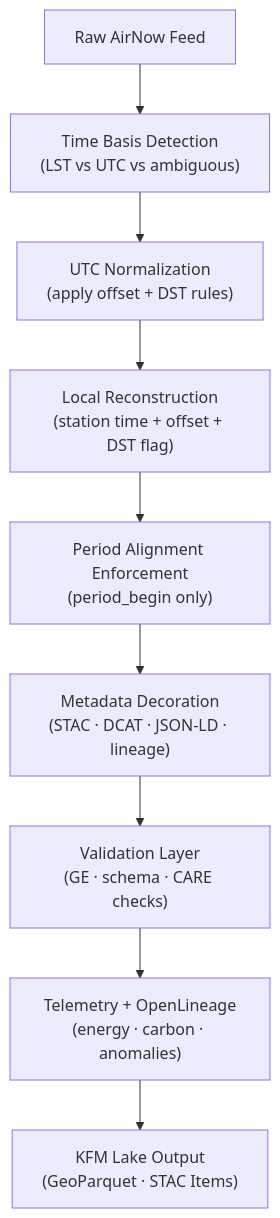
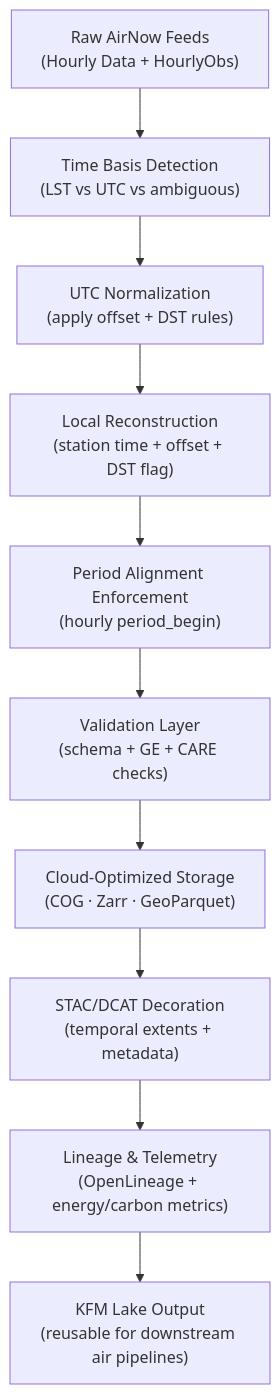
One commit to bartytime4life/Kansas-Frontier-Matrix changed the diagram in docs/pipelines/air/airnow/ingest/README.md. Above: the diagram before and after it, drawn with Mermaid. The commit also changed other lines of this file, not shown here.

First line of the commit message:
Update README for AirNow Ingest v11.2.3

````diff
--- a/docs/pipelines/air/airnow/ingest/README.md
+++ b/docs/pipelines/air/airnow/ingest/README.md
@@ -103,11 +115,12 @@
-```mermaid
+~~~mermaid
 flowchart TD
-    A["Raw AirNow Feed"] --> B["Time Basis Detection\n(LST vs UTC vs ambiguous)"]
+    A["Raw AirNow Feeds\n(Hourly Data + HourlyObs)"] --> B["Time Basis Detection\n(LST vs UTC vs ambiguous)"]
     B --> C["UTC Normalization\n(apply offset + DST rules)"]
     C --> D["Local Reconstruction\n(station time + offset + DST flag)"]
-    D --> E["Period Alignment Enforcement\n(period_begin only)"]
-    E --> F["Metadata Decoration\n(STAC · DCAT · JSON-LD · lineage)"]
-    F --> G["Validation Layer\n(GE · schema · CARE checks)"]
-    G --> H["Telemetry + OpenLineage\n(energy · carbon · anomalies)"]
-    H --> I["KFM Lake Output\n(GeoParquet · STAC Items)"]
-```
+    D --> E["Period Alignment Enforcement\n(hourly period_begin)"]
+    E --> F["Validation Layer\n(schema + GE + CARE checks)"]
+    F --> G["Cloud-Optimized Storage\n(COG · Zarr · GeoParquet)"]
+    G --> H["STAC/DCAT Decoration\n(temporal extents + metadata)"]
+    H --> I["Lineage & Telemetry\n(OpenLineage + energy/carbon metrics)"]
+    I --> J["KFM Lake Output\n(reusable for downstream air pipelines)"]
+~~~
````
